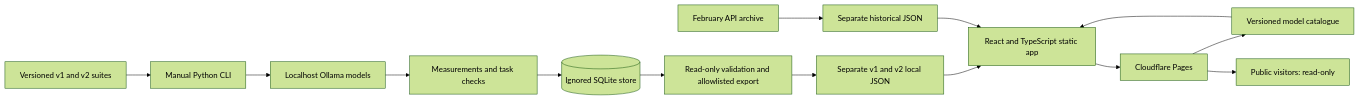
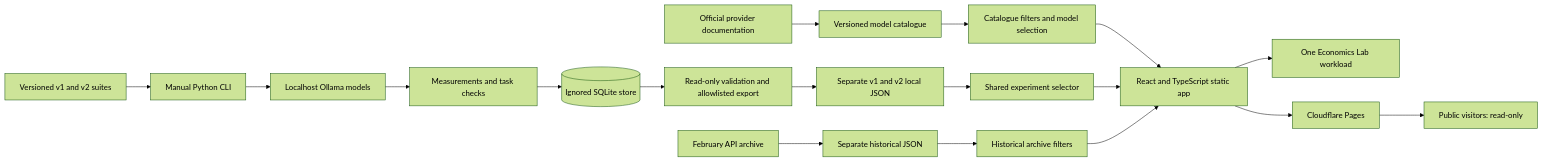
The diagram in README.md (QinnniQ/infernomics), drawn with Mermaid (forest theme) before and after one commit. The commit also changed other lines of this file and 27 other files, not shown here.

Commit message:
Unify model comparison, benchmarks, and economics lab (#4)

````diff
--- a/README.md
+++ b/README.md
@@ -38,16 +44,20 @@
 ```mermaid
 flowchart LR
   D[Versioned v1 and v2 suites] --> C[Manual Python CLI]
   C --> O[Localhost Ollama models]
   O --> M[Measurements and task checks]
   M --> S[(Ignored SQLite store)]
   S --> V[Read-only validation and allowlisted export]
   V --> J[Separate v1 and v2 local JSON]
   A[February API archive] --> H[Separate historical JSON]
-  P[Official provider documentation] --> Q[Versioned model catalogue]
-  Q --> R
-  J --> R[React and TypeScript static app]
-  H --> R
+  D0[Official provider documentation] --> Q[Versioned model catalogue]
+  Q --> F[Catalogue filters and model selection]
+  J --> B[Shared experiment selector]
+  H --> B2[Historical archive filters]
+  F --> R[React and TypeScript static app]
+  B --> R
+  B2 --> R
+  R --> E[One Economics Lab workload]
   R --> P[Cloudflare Pages]
   P --> U[Public visitors: read-only]
 ```
````
